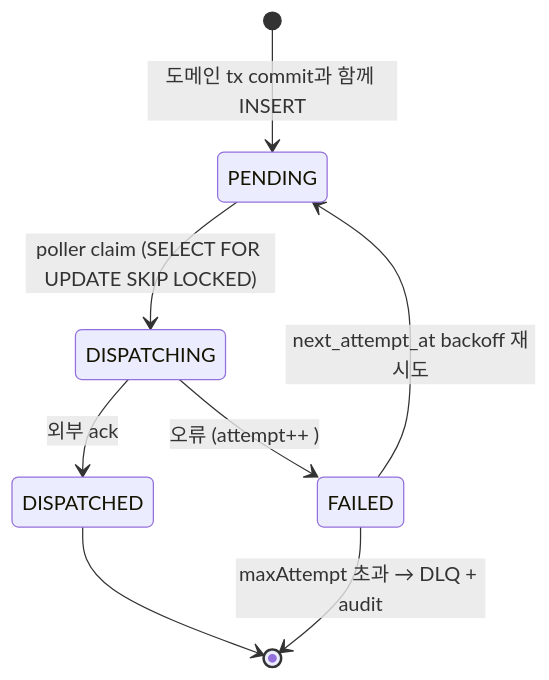
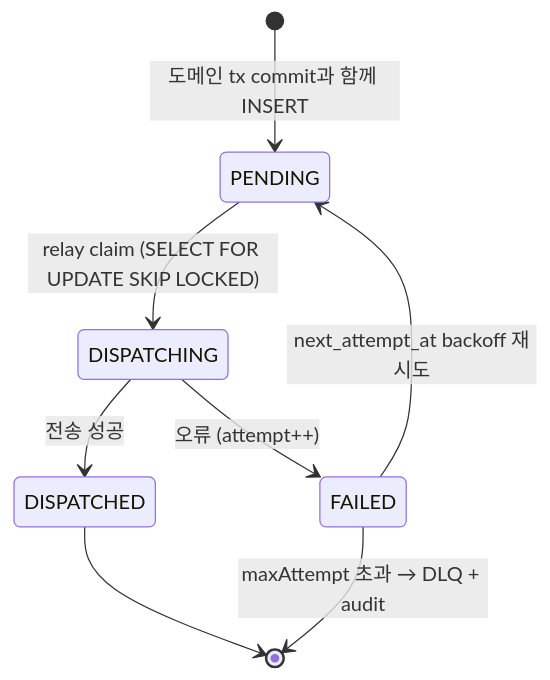
The sixth of 8 diagrams in docs/design/integration/02-aml-integration.md (smkim89/aml-system-docs), drawn with Mermaid before and after one commit. The commit also changed other lines of this file and 11 other files, not shown here.

````diff
--- a/docs/design/integration/02-aml-integration.md
+++ b/docs/design/integration/02-aml-integration.md
@@ -462,10 +420,10 @@
 ```mermaid
 stateDiagram-v2
     [*] --> PENDING : 도메인 tx commit과 함께 INSERT
-    PENDING --> DISPATCHING : poller claim (SELECT FOR UPDATE SKIP LOCKED)
-    DISPATCHING --> DISPATCHED : 외부 ack
-    DISPATCHING --> FAILED : 오류 (attempt++ )
+    PENDING --> DISPATCHING : relay claim (SELECT FOR UPDATE SKIP LOCKED)
+    DISPATCHING --> DISPATCHED : 전송 성공
+    DISPATCHING --> FAILED : 오류 (attempt++)
     FAILED --> PENDING : next_attempt_at backoff 재시도
     FAILED --> [*] : maxAttempt 초과 → DLQ + audit
     DISPATCHED --> [*]
 ```
````
